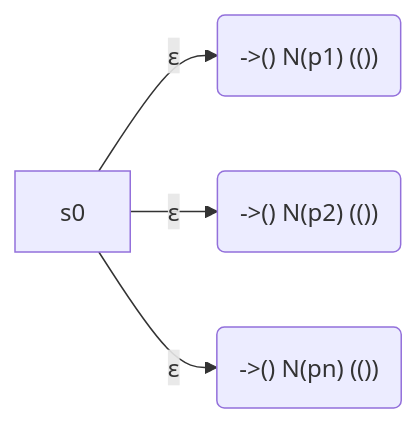
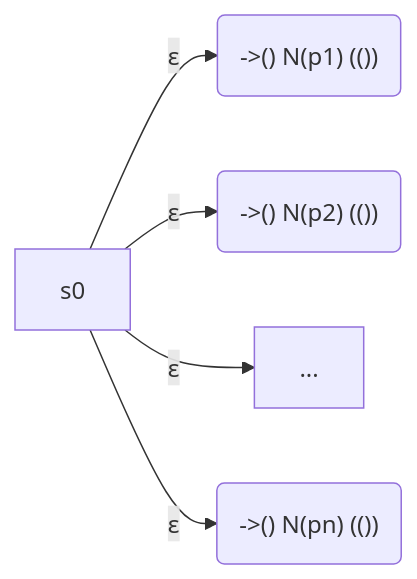
Before and after one commit to xp44mm/Notebook: diagram 15 of 23 in Compilers/Finite Automata.md, drawn with Mermaid. The commit also changed other lines of this file and 1 other file, not shown here.

````diff
--- a/Compilers/Finite Automata.md
+++ b/Compilers/Finite Automata.md
@@ -689,6 +681,7 @@
 ```mermaid
 graph LR
 s0--ε-->1("->() N(p1) (())")
 s0--ε-->2("->() N(p2) (())")
+s0--ε-->...
 s0--ε-->n("->() N(pn) (())")
 ```
````
